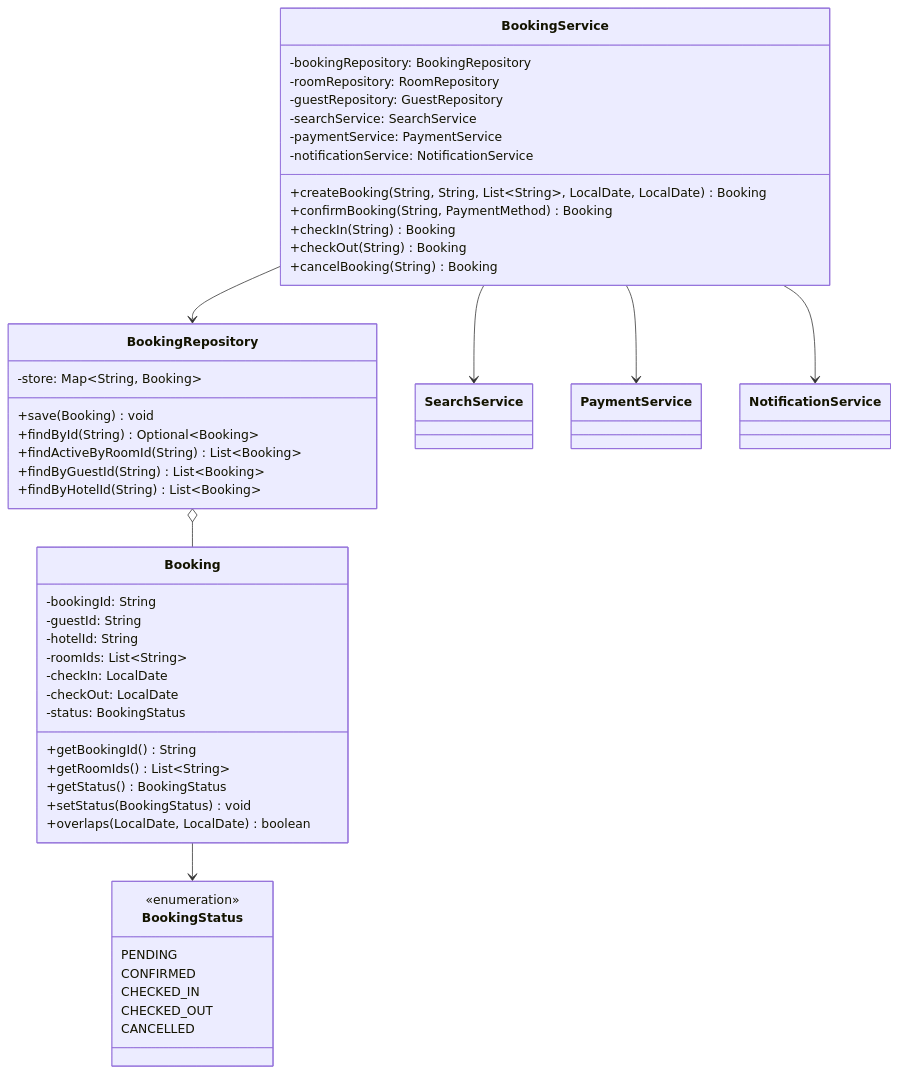
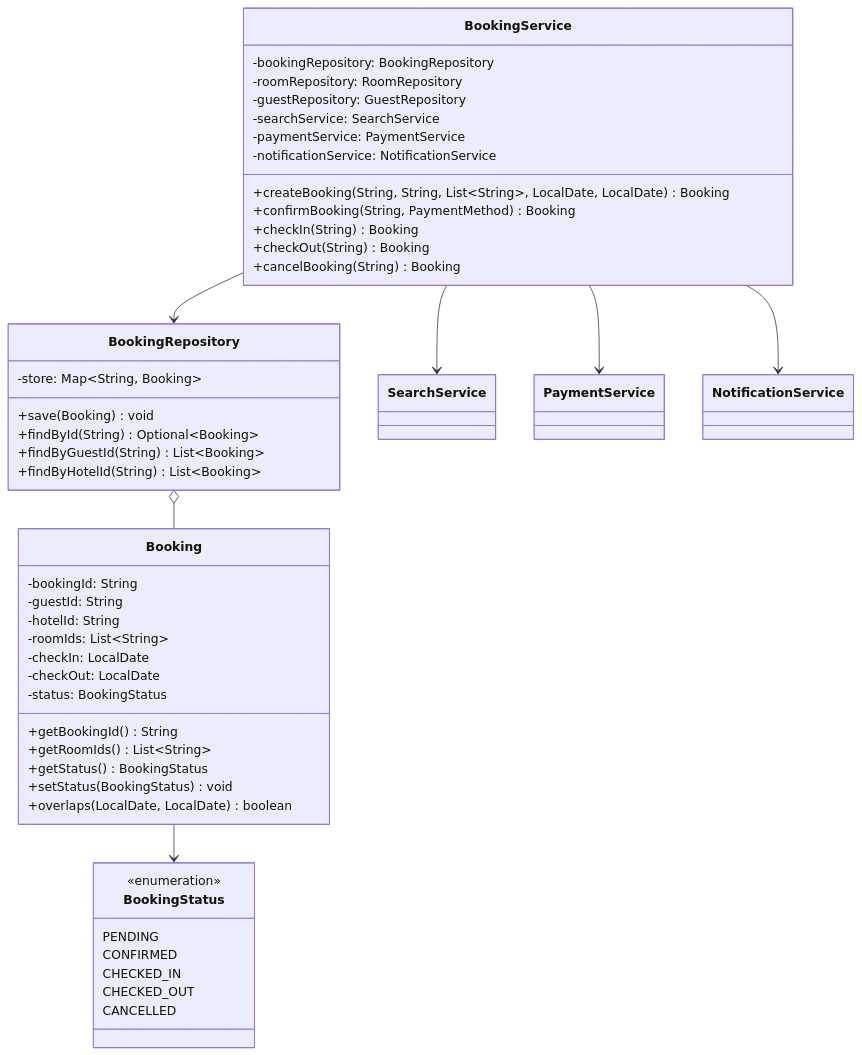
The fifth of 9 diagrams in HotelManagement/HMS_Class_Diagrams.md (Arnavjain1703/LLD), drawn with Mermaid before and after one commit. The commit also changed other lines of this file, not shown here.

````diff
--- a/HotelManagement/HMS_Class_Diagrams.md
+++ b/HotelManagement/HMS_Class_Diagrams.md
@@ -238,56 +258,55 @@
 ```mermaid
 classDiagram
     class Booking {
         -bookingId: String
         -guestId: String
         -hotelId: String
         -roomIds: List~String~
         -checkIn: LocalDate
         -checkOut: LocalDate
         -status: BookingStatus
         +getBookingId() String
         +getRoomIds() List~String~
         +getStatus() BookingStatus
         +setStatus(BookingStatus) void
         +overlaps(LocalDate, LocalDate) boolean
     }
 
     class BookingStatus {
         <<enumeration>>
         PENDING
         CONFIRMED
         CHECKED_IN
         CHECKED_OUT
         CANCELLED
     }
 
     class BookingRepository {
         -store: Map~String, Booking~
         +save(Booking) void
         +findById(String) Optional~Booking~
-        +findActiveByRoomId(String) List~Booking~
         +findByGuestId(String) List~Booking~
         +findByHotelId(String) List~Booking~
     }
 
     class BookingService {
         -bookingRepository: BookingRepository
         -roomRepository: RoomRepository
         -guestRepository: GuestRepository
         -searchService: SearchService
         -paymentService: PaymentService
         -notificationService: NotificationService
         +createBooking(String, String, List~String~, LocalDate, LocalDate) Booking
         +confirmBooking(String, PaymentMethod) Booking
         +checkIn(String) Booking
         +checkOut(String) Booking
         +cancelBooking(String) Booking
     }
 
     Booking           -->  BookingStatus
     BookingRepository o--  Booking
     BookingService    -->  BookingRepository
     BookingService    -->  SearchService
     BookingService    -->  PaymentService
     BookingService    -->  NotificationService
 ```
````
